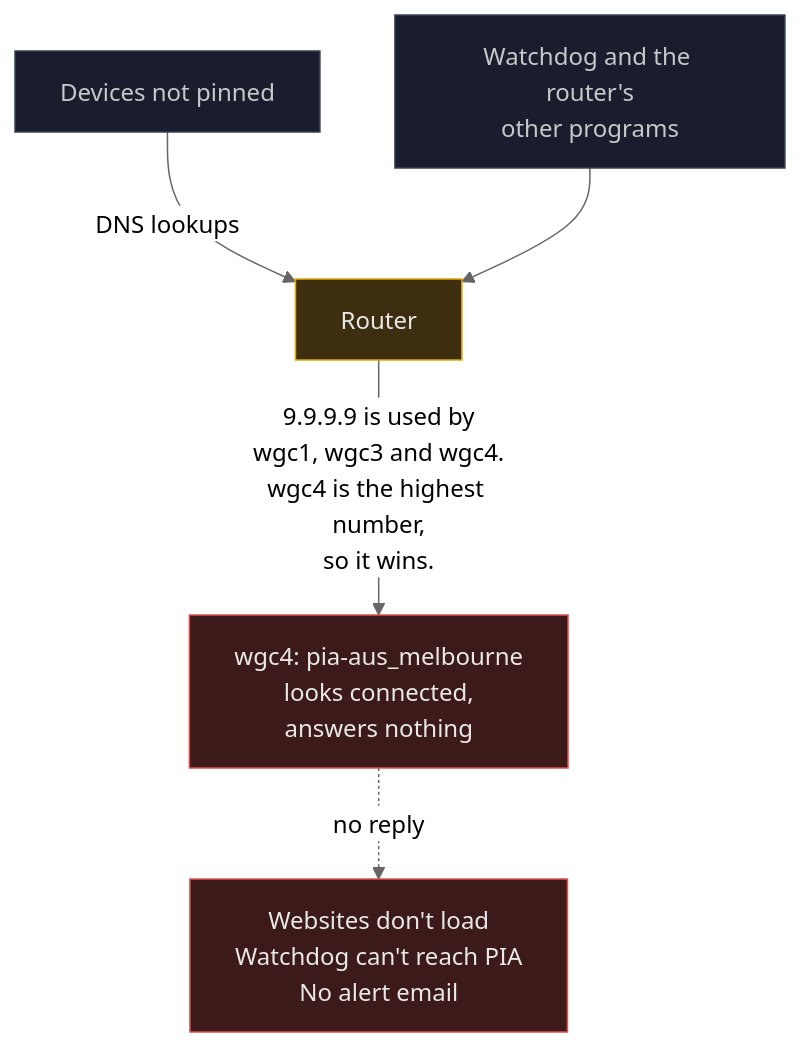
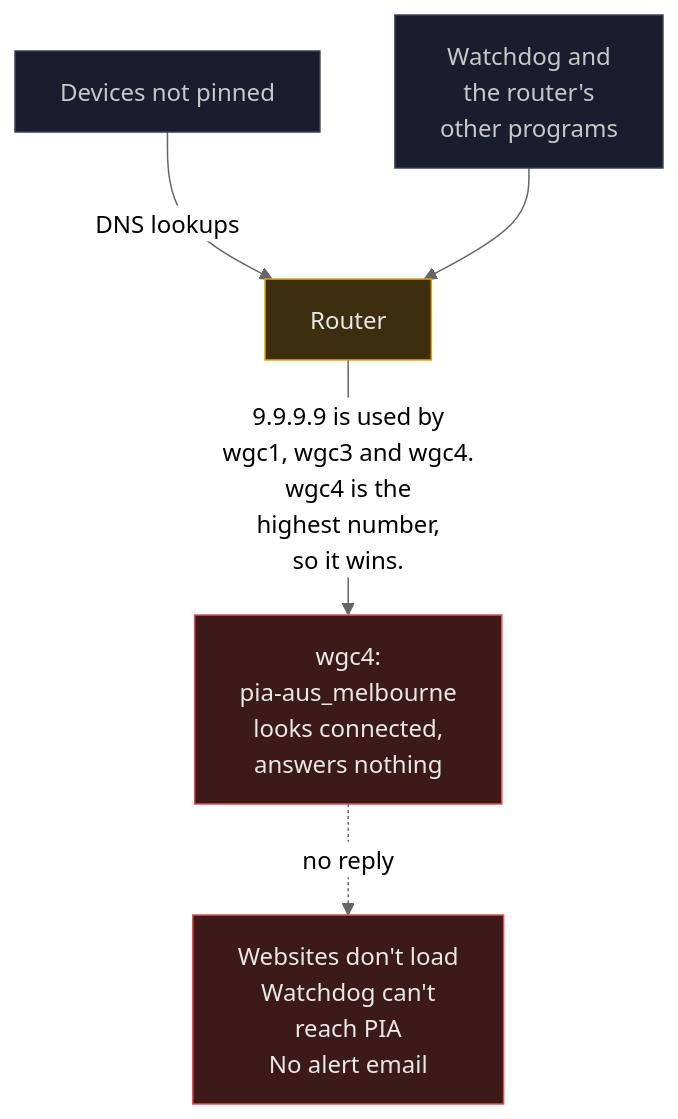
One commit to ExponentiallyDigital/cfg-pia-wg changed the second of 5 diagrams in ROUTER-DNS.md. Above: the diagram before and after it, drawn with Mermaid (neutral theme). The commit also changed other lines of this file and 18 other files, not shown here.

Commit message:
v0.8.101 build 471 - two windows on the router's DNS, and a removed watchdog stays stopped

````diff
--- a/ROUTER-DNS.md
+++ b/ROUTER-DNS.md
@@ -92,15 +92,15 @@
 ```mermaid
 flowchart TB
   U["Devices not pinned"] -- "DNS lookups" --> R["Router"]
-  W["Watchdog and the router's<br/>other programs"] --> R
-  R -- "9.9.9.9 is used by<br>wgc1, wgc3 and wgc4.<br/>wgc4 is the highest number,<br>so it wins." --> T4["wgc4: pia-aus_melbourne<br/>looks connected,<br>answers nothing"]
-  T4 -. "no reply" .-> X["Websites don't load<br/>Watchdog can't reach PIA<br/>No alert email"]
+  W["Watchdog and<br/>the router's<br/>other programs"] --> R
+  R -- "9.9.9.9 is used by<br>wgc1, wgc3 and wgc4.<br/>wgc4 is the<br/>highest number,<br>so it wins." --> T4["wgc4:<br/>pia-aus_melbourne<br/>looks connected,<br>answers nothing"]
+  T4 -. "no reply" .-> X["Websites don't load<br/>Watchdog can't<br/>reach PIA<br/>No alert email"]
 
   classDef go fill:#0F3D2E,stroke:#00D4AA,color:#E8E8E8
   classDef bad fill:#3D1A1A,stroke:#E05252,color:#E8E8E8
   classDef work fill:#3D2E0F,stroke:#E0A800,color:#E8E8E8
   classDef step fill:#1A1D2E,stroke:#3A3F55,color:#C8C8C8
   class U,W step
   class R work
   class T4,X bad
 ```
````
